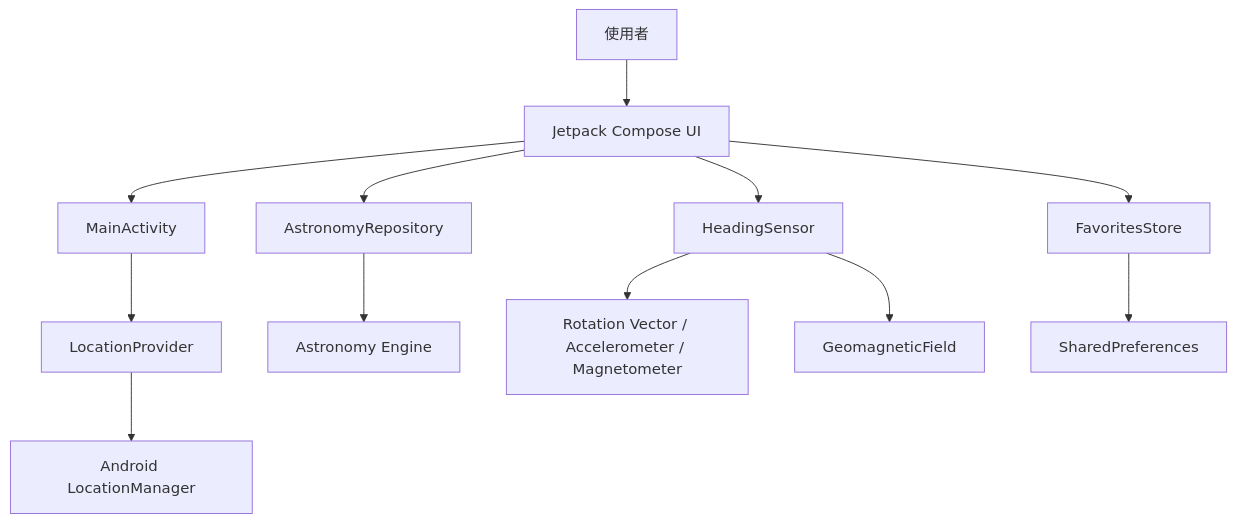
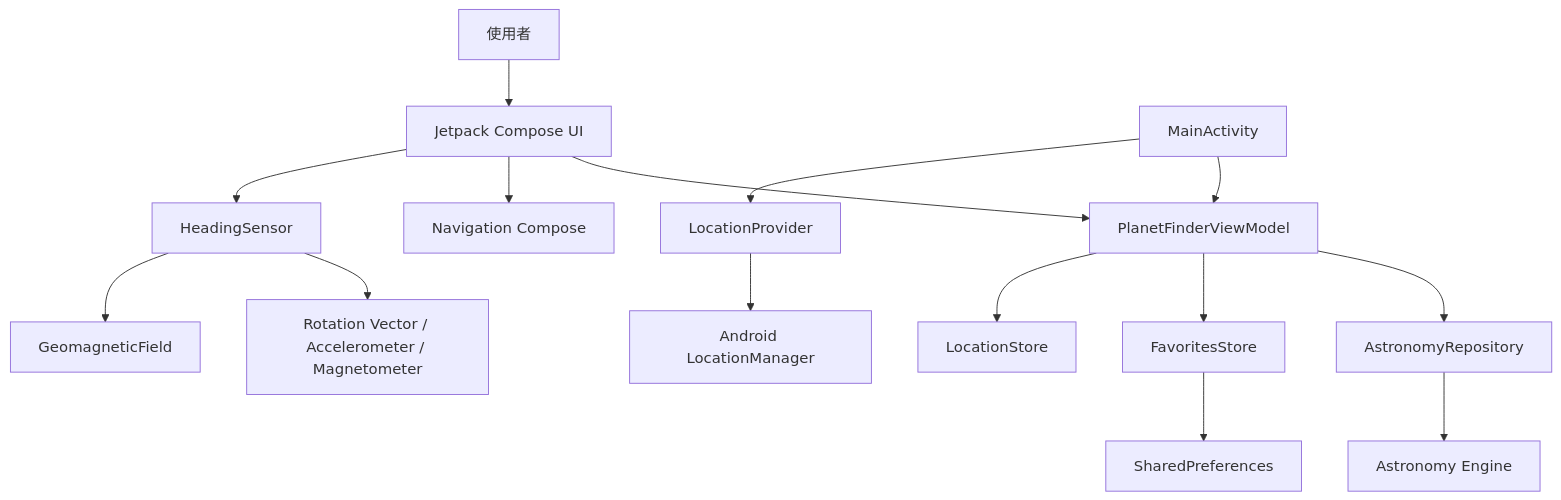
One commit to mark216tw/android-planetfinder-01 changed the diagram in docs/ARCHITECTURE.md. Above: the diagram before and after it, drawn with Mermaid. The commit also changed other lines of this file and 23 other files, not shown here.

````diff
--- a/docs/ARCHITECTURE.md
+++ b/docs/ARCHITECTURE.md
@@ -7,14 +7,17 @@
 ```mermaid
 flowchart TD
     User[使用者] --> UI[Jetpack Compose UI]
-    UI --> Main[MainActivity]
-    UI --> Astro[AstronomyRepository]
+    UI --> VM[PlanetFinderViewModel]
+    UI --> Nav[Navigation Compose]
+    Main[MainActivity] --> VM
+    VM --> Astro[AstronomyRepository]
     UI --> Sensor[HeadingSensor]
-    UI --> Favorites[FavoritesStore]
+    VM --> Favorites[FavoritesStore]
+    VM --> Locations[LocationStore]
     Main --> Location[LocationProvider]
     Location --> AndroidLocation[Android LocationManager]
     Astro --> Engine[Astronomy Engine]
     Sensor --> AndroidSensors[Rotation Vector / Accelerometer / Magnetometer]
     Sensor --> Magnetic[GeomagneticField]
     Favorites --> Preferences[SharedPreferences]
 ```
````
